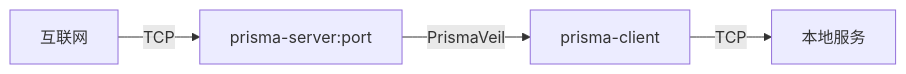
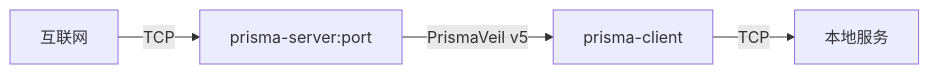
Before and after one commit to prisma-proxy/prisma: the second of 3 diagrams in prisma-docs/i18n/zh-Hans/docusaurus-plugin-content-docs/current/introduction.md, drawn with Mermaid. The commit also changed other lines of this file and 38 other files, not shown here.

````diff
--- a/prisma-docs/i18n/zh-Hans/docusaurus-plugin-content-docs/current/introduction.md
+++ b/prisma-docs/i18n/zh-Hans/docusaurus-plugin-content-docs/current/introduction.md
@@ -77,6 +127,6 @@
 ```mermaid
 graph LR
     A[互联网] -->|TCP| B["prisma-server:port"]
-    B -->|PrismaVeil| C[prisma-client]
+    B -->|PrismaVeil v5| C[prisma-client]
     C -->|TCP| D[本地服务]
 ```
````
